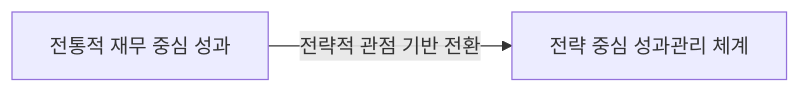
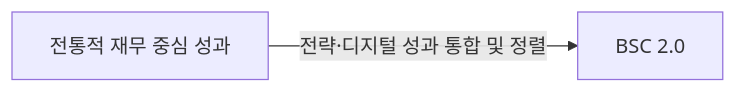
One commit to jeonck/fw-thinking changed the first of 3 diagrams in docs/01-it-governance/bsc-2.0.md. Above: the diagram before and after it, drawn with Mermaid. The commit also changed other lines of this file and 123 other files, not shown here.

````diff
--- a/docs/01-it-governance/bsc-2.0.md
+++ b/docs/01-it-governance/bsc-2.0.md
@@ -9,4 +10,4 @@
 ```mermaid
 flowchart LR
-    A["전통적 재무 중심 성과"] -- "전략적 관점 기반 전환" --> B["전략 중심 성과관리 체계"]
+    A["전통적 재무 중심 성과"] -- "전략·디지털 성과 통합 및 정렬" --> B["BSC 2.0"]
 ```
````
